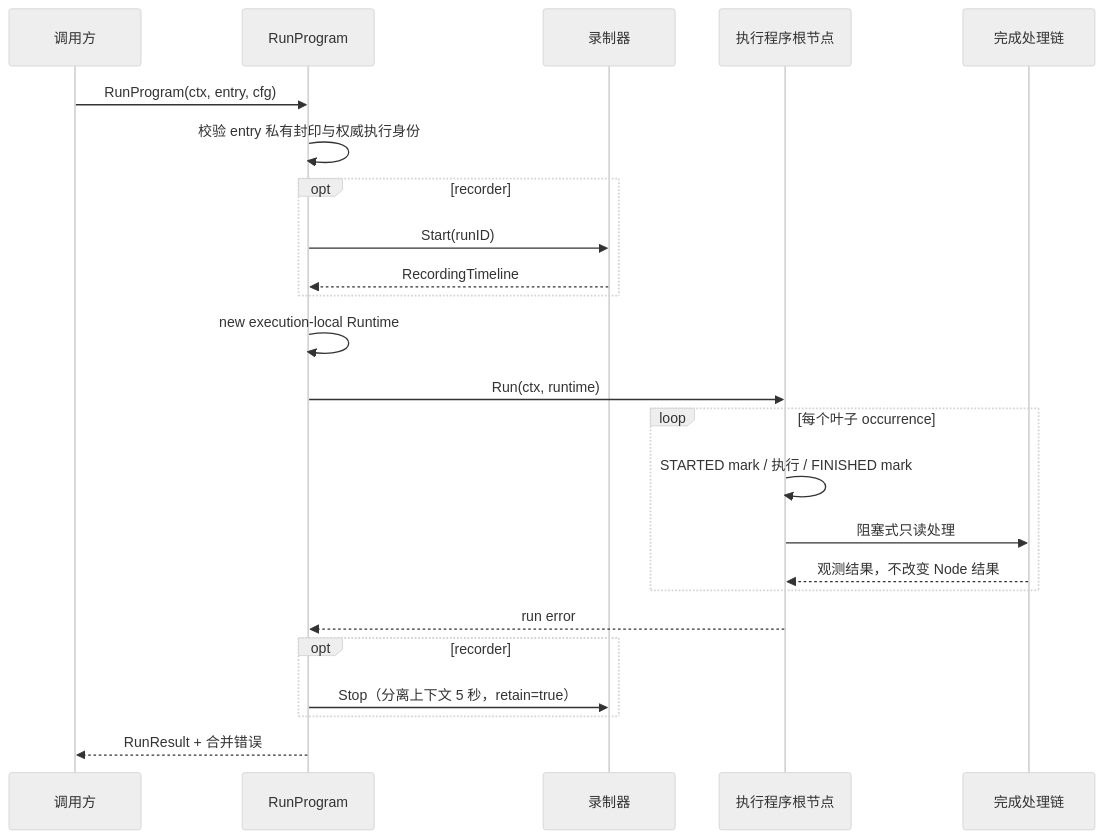
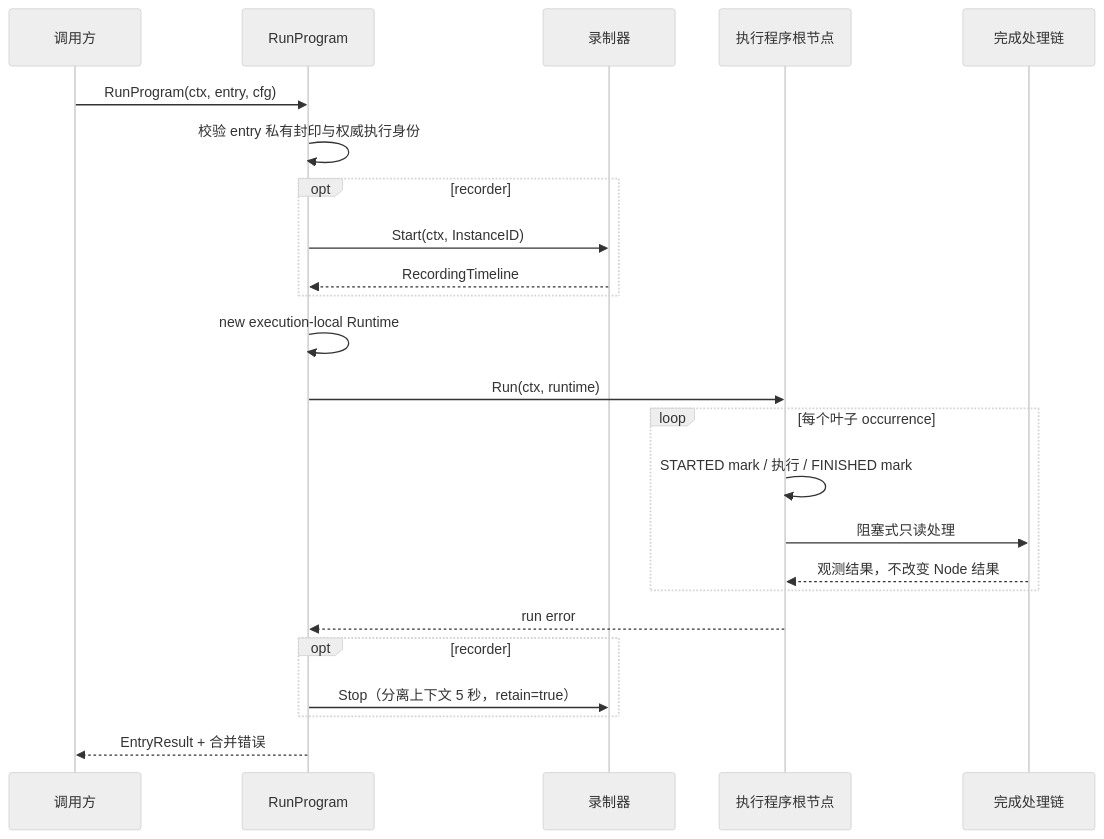
The diagram in docs/application/engine/run-program.md (Capsule7446/healix-core), drawn with Mermaid (neutral theme) before and after one commit. The commit also changed other lines of this file and 380 other files, not shown here.

````diff
--- a/docs/application/engine/run-program.md
+++ b/docs/application/engine/run-program.md
@@ -35,26 +37,26 @@
 ```mermaid
 sequenceDiagram
     participant Caller as 调用方
     participant C as RunProgram
     participant Recorder as 录制器
     participant Root as 执行程序根节点
     participant Chain as 完成处理链
     Caller->>C: RunProgram(ctx, entry, cfg)
     C->>C: 校验 entry 私有封印与权威执行身份
     opt recorder
-      C->>Recorder: Start(runID)
+      C->>Recorder: Start(ctx, InstanceID)
       Recorder-->>C: RecordingTimeline
     end
     C->>C: new execution-local Runtime
     C->>Root: Run(ctx, runtime)
     loop 每个叶子 occurrence
       Root->>Root: STARTED mark / 执行 / FINISHED mark
       Root->>Chain: 阻塞式只读处理
       Chain-->>Root: 观测结果，不改变 Node 结果
     end
     Root-->>C: run error
     opt recorder
       C->>Recorder: Stop（分离上下文 5 秒，retain=true）
     end
-    C-->>Caller: RunResult + 合并错误
+    C-->>Caller: EntryResult + 合并错误
 ```
````
